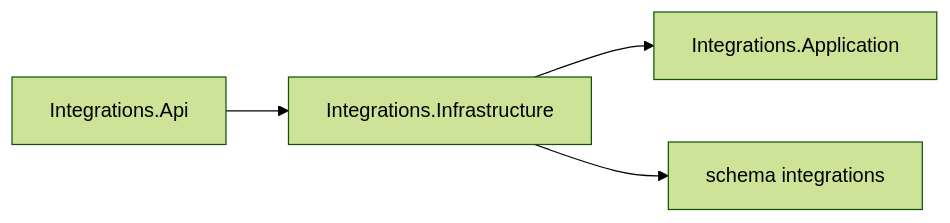
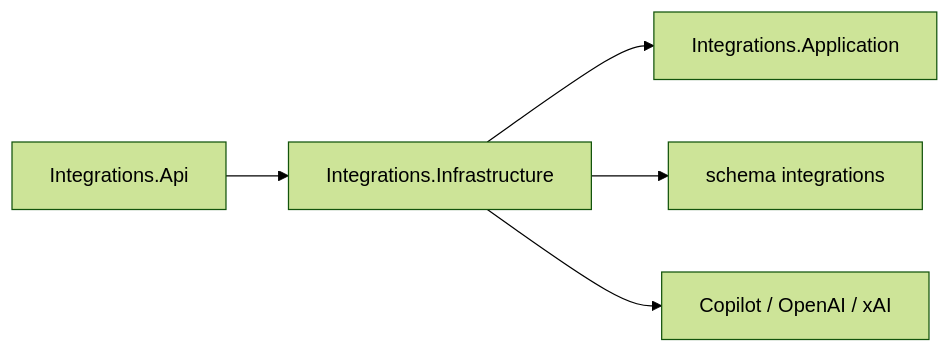
Before and after one commit to SqeeZarion/AiControlCenter: the diagram in src/Services/Integrations/AiControlCenter.Integrations.Infrastructure/README.md, drawn with Mermaid (forest theme). The commit also changed other lines of this file and 15 other files, not shown here.

````diff
--- a/src/Services/Integrations/AiControlCenter.Integrations.Infrastructure/README.md
+++ b/src/Services/Integrations/AiControlCenter.Integrations.Infrastructure/README.md
@@ -5,6 +5,7 @@
 ```mermaid
 flowchart LR
     Api["Integrations.Api"] --> Infra["Integrations.Infrastructure"]
     Infra --> Application["Integrations.Application"]
     Infra --> Db["schema integrations"]
+    Infra --> Providers["Copilot / OpenAI / xAI"]
 ```
````
